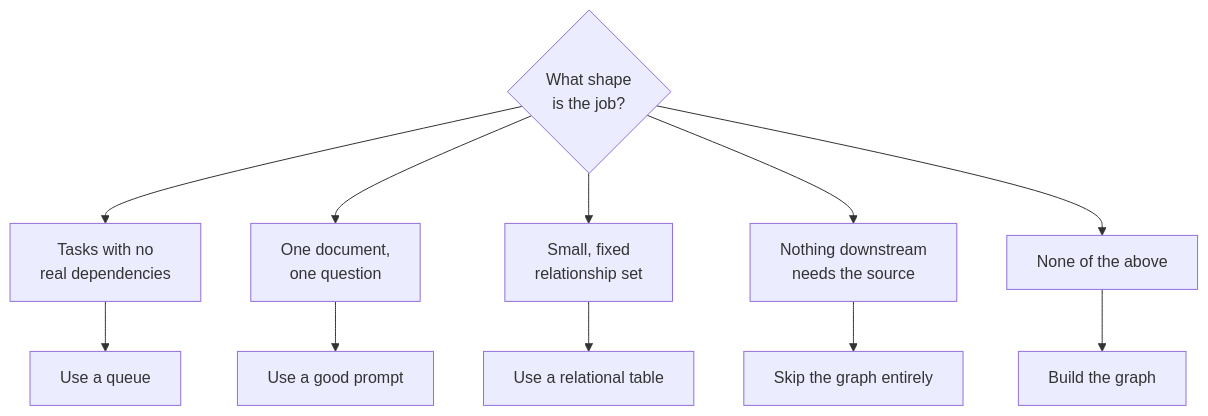
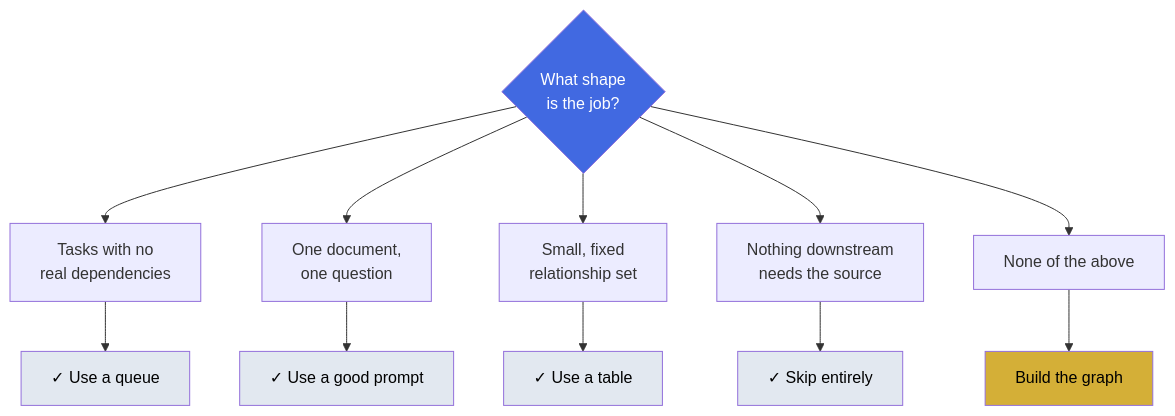
The diagram in docs/09-part-7-staying-grounded/step-16-when-to-skip-graph-engineering-entirely.md (ayeshakhalid192007-dev/graph-engineering-crash-course), drawn with Mermaid before and after one commit. The commit also changed 2 other files, not shown here.

Commit message:
Add diagrams to Part 6-7 step files
- Added diagram to step 15 (build-the-same-graph-twice)
- Added diagram to step 16 (when-to-skip-graph-engineering)
- Added diagram to step 17 (complexity-budgets)
- Consistent color scheme across all diagrams

````diff
--- a/docs/09-part-7-staying-grounded/step-16-when-to-skip-graph-engineering-entirely.md
+++ b/docs/09-part-7-staying-grounded/step-16-when-to-skip-graph-engineering-entirely.md
@@ -38,20 +38,27 @@
 ```mermaid
 flowchart TD
     START{"What shape<br/>is the job?"}
     A["Tasks with no<br/>real dependencies"]
     B["One document,<br/>one question"]
     C["Small, fixed<br/>relationship set"]
     D["Nothing downstream<br/>needs the source"]
     E["None of the above"]
-    QUEUE["Use a queue"]
-    PROMPT["Use a good prompt"]
-    TABLE["Use a relational table"]
-    SKIP["Skip the graph entirely"]
+    QUEUE["✓ Use a queue"]
+    PROMPT["✓ Use a good prompt"]
+    TABLE["✓ Use a table"]
+    SKIP["✓ Skip entirely"]
     BUILD["Build the graph"]
 
     START --> A --> QUEUE
     START --> B --> PROMPT
     START --> C --> TABLE
     START --> D --> SKIP
     START --> E --> BUILD
+
+    style START fill:#4169E1,color:#FFFFFF
+    style QUEUE fill:#E2E8F0,color:#000000
+    style PROMPT fill:#E2E8F0,color:#000000
+    style TABLE fill:#E2E8F0,color:#000000
+    style SKIP fill:#E2E8F0,color:#000000
+    style BUILD fill:#D4AF37,color:#000000
 ```
````
